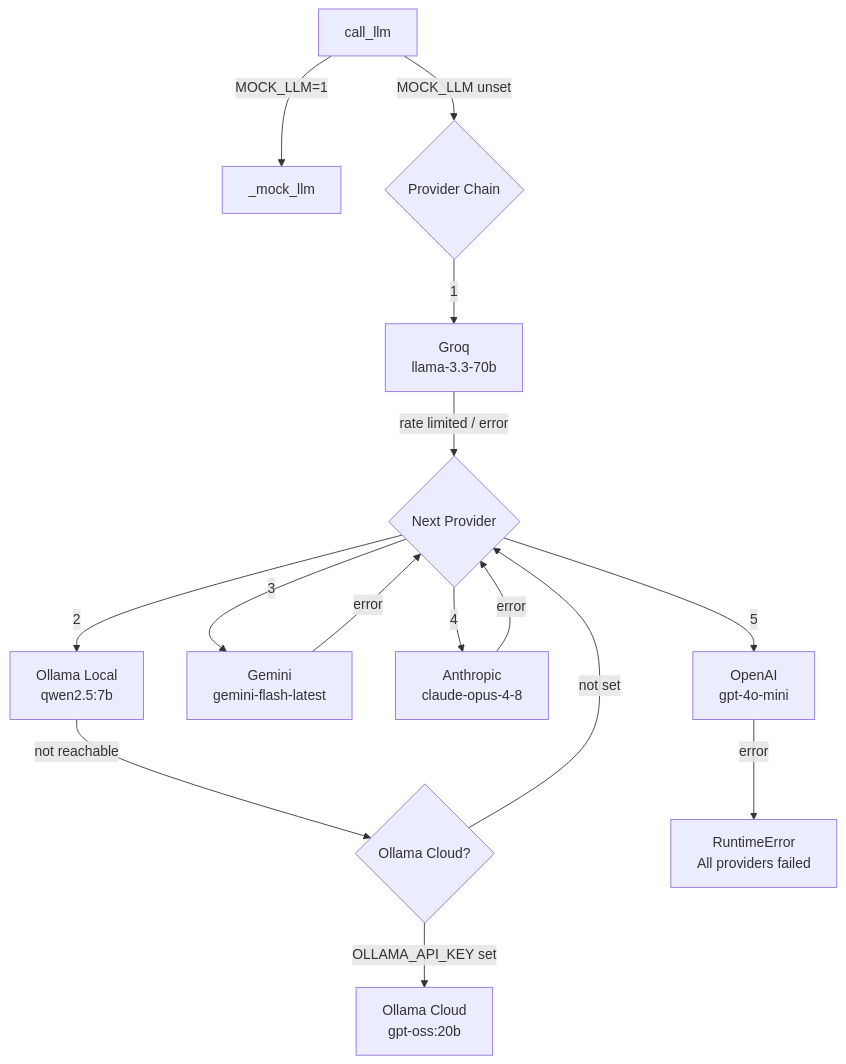
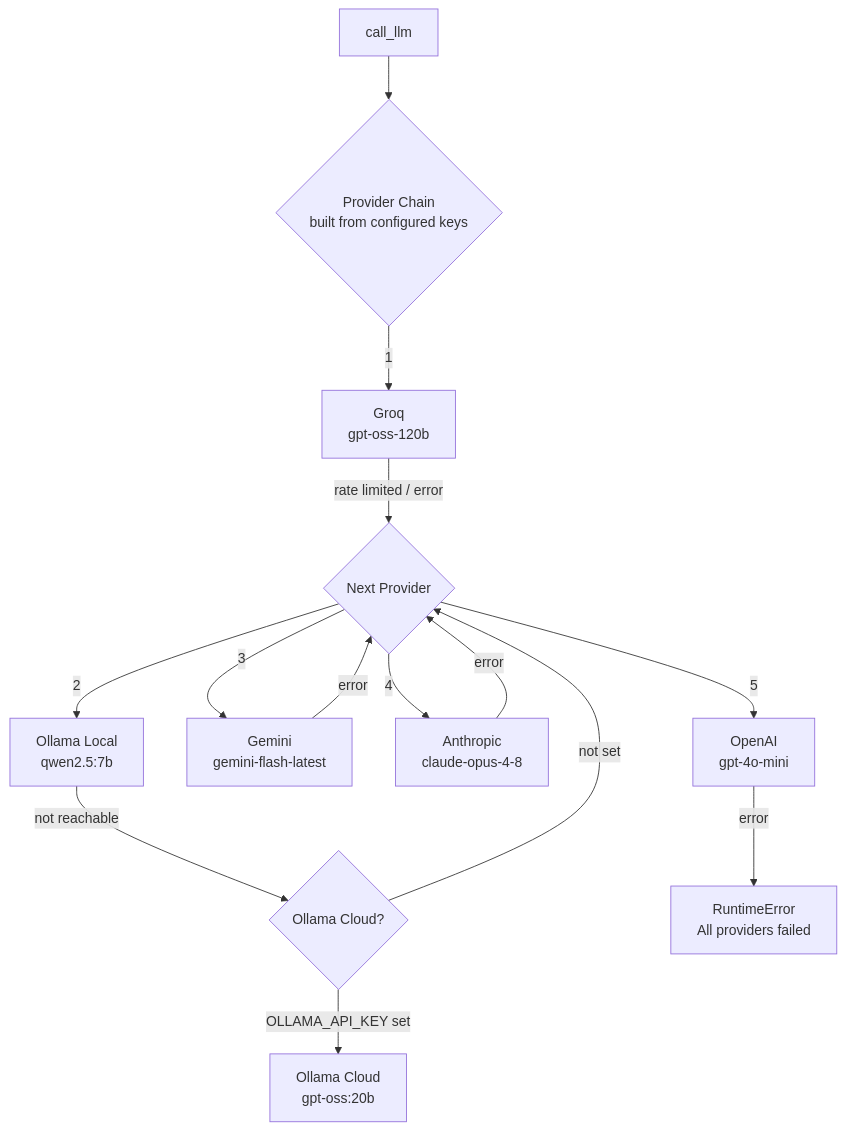
One commit to abhi6241/Sutra changed the first of 2 diagrams in AI.md. Above: the diagram before and after it, drawn with Mermaid. The commit also changed other lines of this file and 4 other files, not shown here.

First line of the commit message:
docs: align architecture docs with actual LLM router, mock-LLM removal, and tool behavior

````diff
--- a/AI.md
+++ b/AI.md
@@ -31,17 +31,16 @@
 ```mermaid
 graph TD
-    A[call_llm] -->|MOCK_LLM=1| B[_mock_llm]
-    A -->|MOCK_LLM unset| C{Provider Chain}
-    C -->|1| D[Groq<br/>llama-3.3-70b]
+    A[call_llm] --> C{Provider Chain<br/>built from configured keys}
+    C -->|1| D[Groq<br/>gpt-oss-120b]
     D -->|rate limited / error| E{Next Provider}
     E -->|2| F[Ollama Local<br/>qwen2.5:7b]
     F -->|not reachable| G{Ollama Cloud?}
     G -->|OLLAMA_API_KEY set| H[Ollama Cloud<br/>gpt-oss:20b]
     G -->|not set| E
     E -->|3| I[Gemini<br/>gemini-flash-latest]
     I -->|error| E
     E -->|4| J[Anthropic<br/>claude-opus-4-8]
     J -->|error| E
     E -->|5| K[OpenAI<br/>gpt-4o-mini]
     K -->|error| L[RuntimeError<br/>All providers failed]
 ```
````
